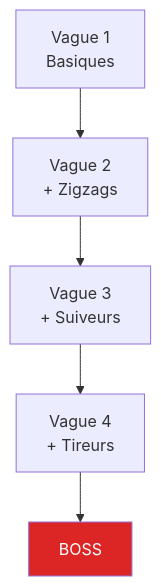
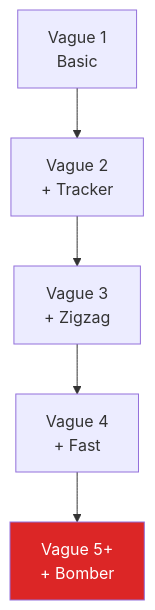
Before and after one commit to ChrisG-L/rtype: the second of 2 diagrams in docs/guide/gameplay/index.md, drawn with Mermaid. The commit also changed other lines of this file and 3 other files, not shown here.

````diff
--- a/docs/guide/gameplay/index.md
+++ b/docs/guide/gameplay/index.md
@@ -53,9 +55,9 @@
 ```mermaid
 flowchart TB
-    W1[Vague 1<br/>Basiques] --> W2[Vague 2<br/>+ Zigzags]
-    W2 --> W3[Vague 3<br/>+ Suiveurs]
-    W3 --> W4[Vague 4<br/>+ Tireurs]
-    W4 --> BOSS[BOSS]
+    W1[Vague 1<br/>Basic] --> W2[Vague 2<br/>+ Tracker]
+    W2 --> W3[Vague 3<br/>+ Zigzag]
+    W3 --> W4[Vague 4<br/>+ Fast]
+    W4 --> W5[Vague 5+<br/>+ Bomber]
 
-    style BOSS fill:#dc2626,color:#fff
+    style W5 fill:#dc2626,color:#fff
 ```
````
